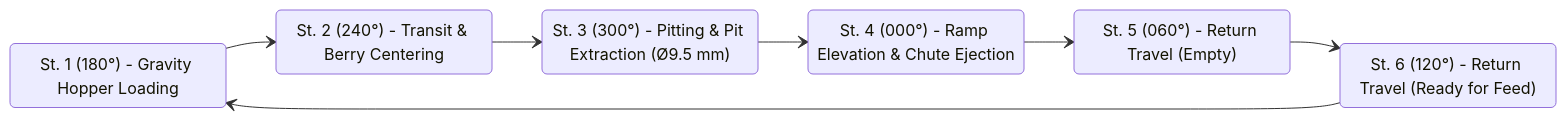
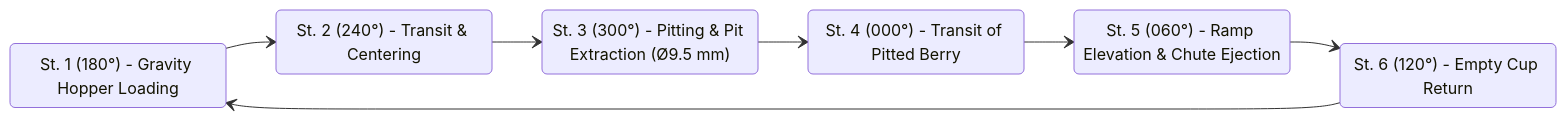
Before and after one commit to edtechd/cherry-pitter: the third of 3 diagrams in README.md, drawn with Mermaid. The commit also changed other lines of this file, not shown here.

Commit message:
Updated end-to-end berry lifecycle description

````diff
--- a/README.md
+++ b/README.md
@@ -117,17 +117,17 @@
 ```mermaid
 stateDiagram-v2
     direction LR
     Station1: St. 1 (180°) - Gravity Hopper Loading
-    Station2: St. 2 (240°) - Transit & Berry Centering
+    Station2: St. 2 (240°) - Transit & Centering
     Station3: St. 3 (300°) - Pitting & Pit Extraction (Ø9.5 mm)
-    Station4: St. 4 (000°) - Ramp Elevation & Chute Ejection
-    Station5: St. 5 (060°) - Return Travel (Empty)
-    Station6: St. 6 (120°) - Return Travel (Ready for Feed)
-
+    Station4: St. 4 (000°) - Transit of Pitted Berry
+    Station5: St. 5 (060°) - Ramp Elevation & Chute Ejection
+    Station6: St. 6 (120°) - Empty Cup Return
+    
     Station1 --> Station2
     Station2 --> Station3
     Station3 --> Station4
     Station4 --> Station5
     Station5 --> Station6
     Station6 --> Station1
 ```
````
